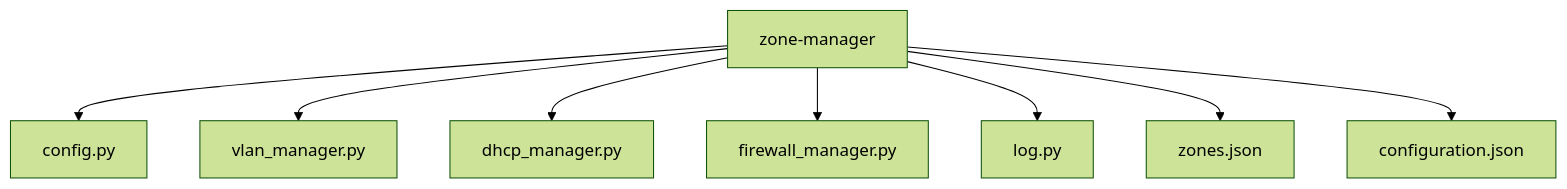
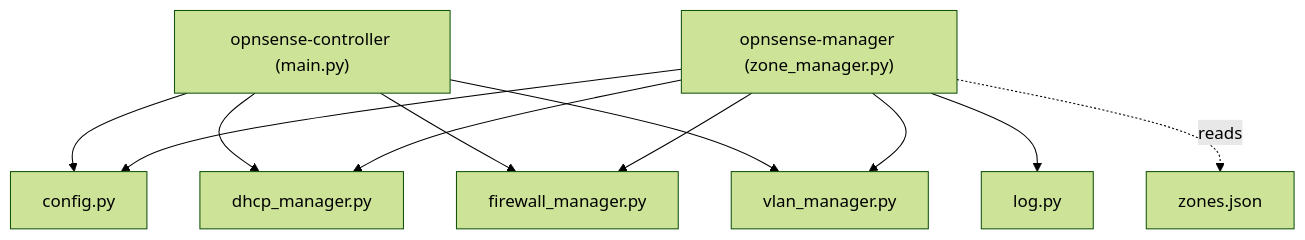
The fourth of 6 diagrams in src/foundation/DEPENDENCIES.md (TAPPaaS/TAPPaaS), drawn with Mermaid (forest theme) before and after one commit. The commit also changed other lines of this file and 3 other files, not shown here.

First line of the commit message:
S0 complete: tappaas-cicd manager/controller reorg (P4-structure)

````diff
--- a/src/foundation/DEPENDENCIES.md
+++ b/src/foundation/DEPENDENCIES.md
@@ -333,10 +161,13 @@
 ```mermaid
 graph TD
-    A["zone-manager"] --> B["config.py"]
-    A --> C["vlan_manager.py"]
-    A --> D["dhcp_manager.py"]
-    A --> E["firewall_manager.py"]
-    A --> F["log.py"]
-    A --> G["zones.json"]
-    A --> H["configuration.json"]
+    OC["opnsense-controller (main.py)"] --> CONF["config.py"]
+    OC --> DHCP["dhcp_manager.py"]
+    OC --> FW["firewall_manager.py"]
+    OC --> VLAN["vlan_manager.py"]
+    OM["opnsense-manager (zone_manager.py)"] --> CONF
+    OM --> DHCP
+    OM --> FW
+    OM --> VLAN
+    OM --> LOG["log.py"]
+    OM -.reads.-> ZN["zones.json"]
 ```
````
